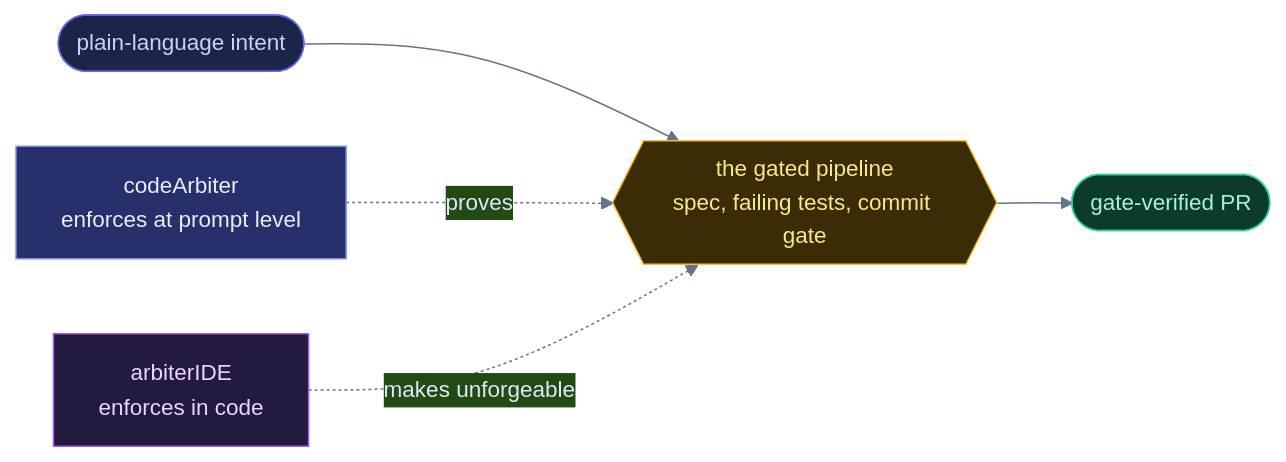
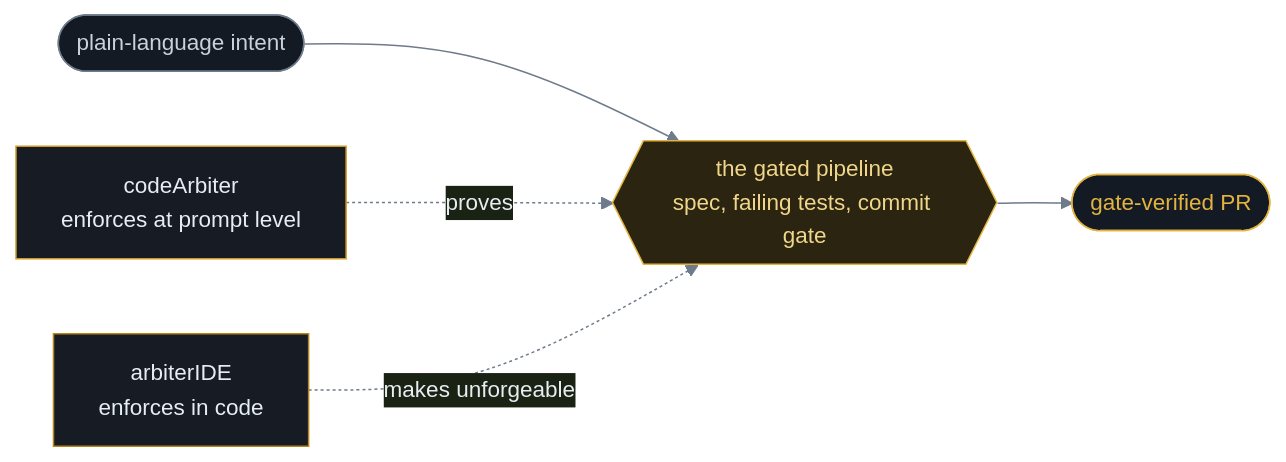
The diagram in profile/README.md (arbiterForge/.github), drawn with Mermaid before and after one commit. The commit also changed 2 other files, not shown here.

Commit message:
brand: unify org profile on gold-on-slate
Recolor the org banner, icon, and the README pipeline diagram onto
codeArbiter's gold-on-slate palette. Drop the AI-purple/violet glow wash and
the three-accent (violet/teal/amber) rainbow that read as a generic
AI-startup template and broke brand with the product. One gold accent over a
neutral slate ground, so the org front page reads as one family with
codeArbiter and arbiterIDE.

````diff
--- a/profile/README.md
+++ b/profile/README.md
@@ -20,13 +20,13 @@
 ```mermaid
-%%{init: {'theme':'base','themeVariables':{'fontFamily':'ui-monospace, Menlo, monospace','primaryColor':'#13224a','primaryTextColor':'#dfe7ff','primaryBorderColor':'#3a4576','lineColor':'#64748b','fontSize':'15px'}}}%%
+%%{init: {'theme':'base','themeVariables':{'fontFamily':'ui-monospace, Menlo, monospace','primaryColor':'#131a23','primaryTextColor':'#e6edf3','primaryBorderColor':'#e3b341','lineColor':'#6e7b8b','fontSize':'15px'}}}%%
 flowchart LR
   intent(["plain-language intent"]):::intent --> gate{{"the gated pipeline<br/>spec, failing tests, commit gate"}}:::gate
   gate --> pr(["gate-verified PR"]):::done
   ca["codeArbiter<br/>enforces at prompt level"]:::ca -. proves .-> gate
   ide["arbiterIDE<br/>enforces in code"]:::ide -. makes unforgeable .-> gate
-  classDef intent fill:#1b2547,stroke:#6366f1,color:#c7d2fe;
-  classDef gate fill:#3a2c05,stroke:#fbbf24,color:#fde68a;
-  classDef done fill:#0c3b2e,stroke:#34d399,color:#a7f3d0;
-  classDef ca fill:#27306b,stroke:#818cf8,color:#e8edff;
-  classDef ide fill:#241a3d,stroke:#a855f7,color:#e9d5ff;
+  classDef intent fill:#131a23,stroke:#6e7b8b,color:#c9d1da;
+  classDef gate fill:#2a2410,stroke:#e3b341,color:#f0d68a;
+  classDef done fill:#131a23,stroke:#e3b341,color:#e3b341;
+  classDef ca fill:#161b24,stroke:#d29922,color:#e6edf3;
+  classDef ide fill:#161b24,stroke:#b9831c,color:#e6edf3;
 ```
````
